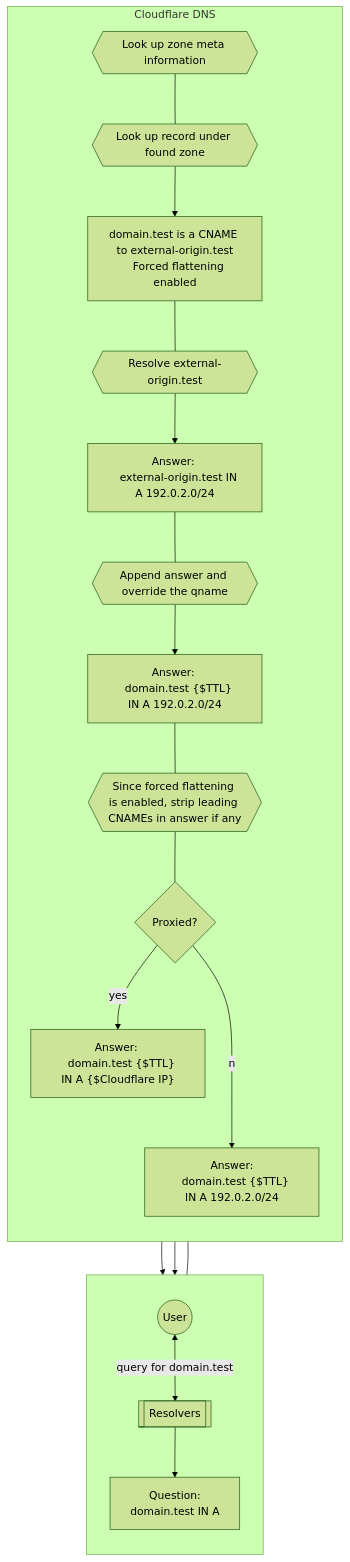
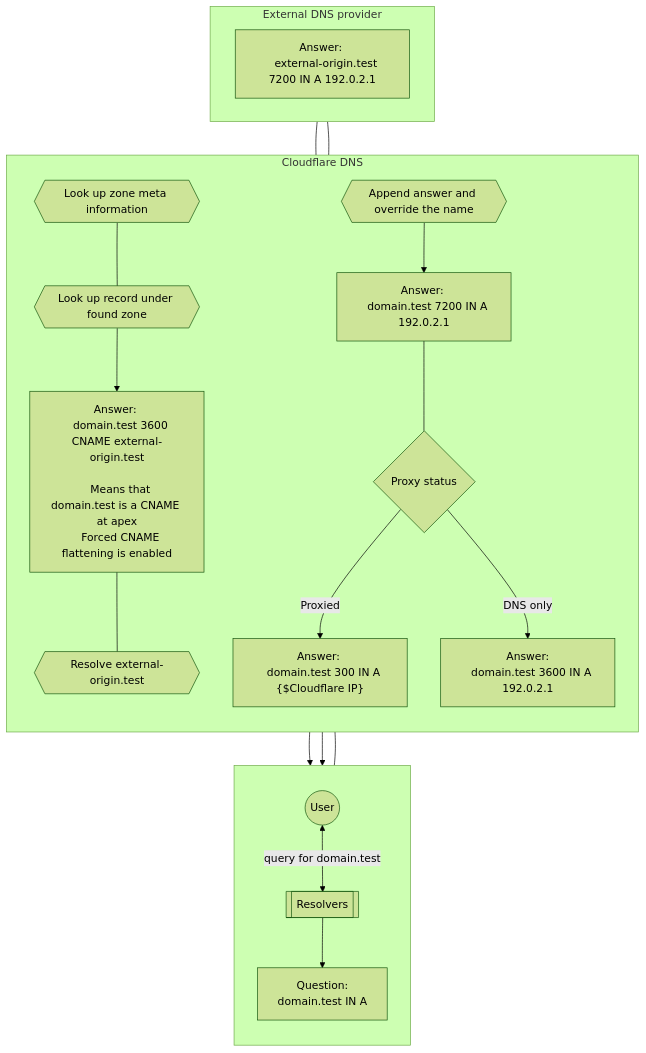
One commit to cloudflare/cloudflare-docs changed the diagram in content/dns/reference/cname-flattening-diagram.md. Above: the diagram before and after it, drawn with Mermaid (forest theme). The commit also changed other lines of this file, not shown here.

Commit message:
improve diagram for cname at apex

````diff
--- a/content/dns/reference/cname-flattening-diagram.md
+++ b/content/dns/reference/cname-flattening-diagram.md
@@ -31,22 +31,31 @@
 ```mermaid
-flowchart TB
+flowchart TD
 accTitle: CNAME flattening diagram
 accDescr: Diagram of CNAME flattening process when there is a request for a domain in Cloudflare and the zone has a CNAME record at root that points to an external A record.
  subgraph X [" "]
   direction TB
   A((User)) <--query for domain.test--> B[[Resolvers]] --> C
  end
  subgraph Y[Cloudflare DNS]
   direction TB
    C["Question: 
    domain.test IN A"] 
-   C --- E{{Look up zone meta information}} --- F{{Look up record under found zone}} --> G["domain.test is a CNAME to external-origin.test
-   Forced flattening enabled"] --- H{{Resolve external-origin.test}} --> I["Answer: 
-   external-origin.test IN A 192.0.2.0/24"] --- J{{Append answer and override the qname}} --> K["Answer: 
-   domain.test {$TTL} IN A 192.0.2.0/24"]--- L{{Since forced flattening is enabled, strip leading CNAMEs in answer if any}} --- M{Proxied?}
-   M --yes--> O["Answer: 
-   domain.test {$TTL} IN A {$Cloudflare IP}"] --> B
-   M --no--> N["Answer:
-   domain.test {$TTL} IN A 192.0.2.0/24"] --> B
+   C --- E{{Look up zone meta information}} --- F{{Look up record under found zone}} --> G["Answer: 
+   domain.test 3600 CNAME external-origin.test
+
+   Means that domain.test is a CNAME at apex
+   Forced CNAME flattening is enabled"] --- H{{Resolve external-origin.test}}
+   K{{Append answer and override the name}} --> L["Answer: 
+   domain.test 7200 IN A 192.0.2.1"] --- M{Proxy status}
+   M --Proxied--> O["Answer: 
+   domain.test 300 IN A {$Cloudflare IP}"] --> B
+   M --DNS only--> N["Answer:
+   domain.test 3600 IN A 192.0.2.1"] --> B
  end
+ subgraph Z ["External DNS provider"]
+  direction RL
+    H --- J["Answer: 
+   external-origin.test 7200 IN A 192.0.2.1"] --- K
+ end
+ 
 ```
````
